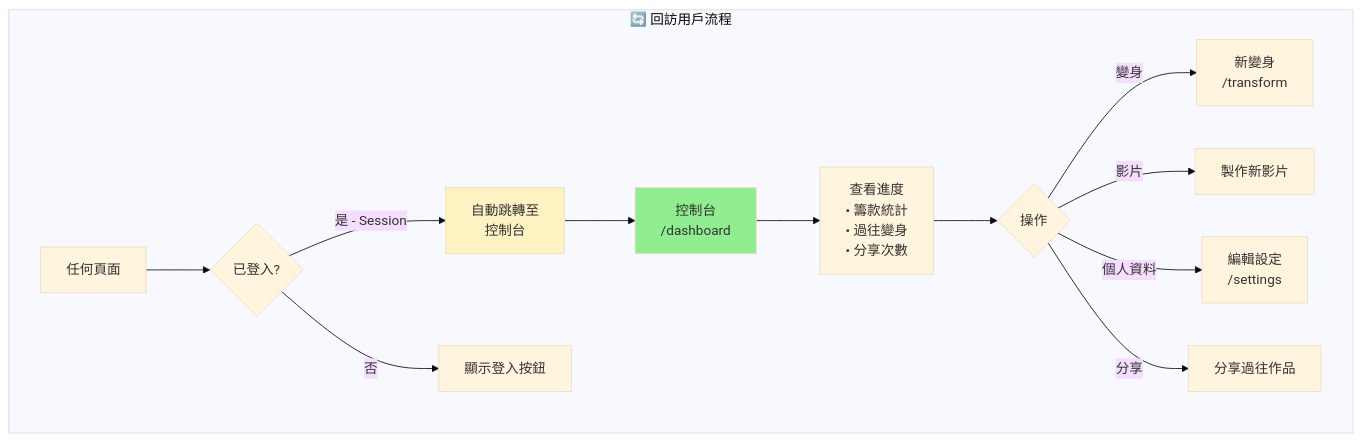
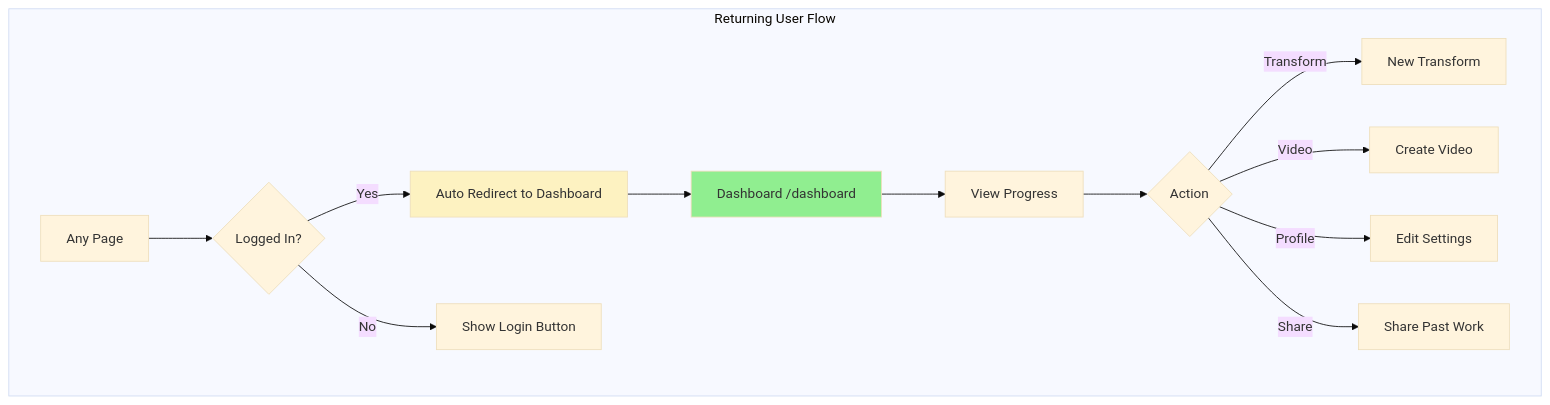
One commit to ZorroCheng-MC/sharehub changed the third of 7 diagrams in documents/2026-01-06-ccf-shave-for-hope-technical-plan.md. Above: the diagram before and after it, drawn with Mermaid (base theme). The commit also changed other lines of this file, not shown here.

Commit message:
Fix Mermaid diagram syntax for GitHub Pages rendering

````diff
--- a/documents/2026-01-06-ccf-shave-for-hope-technical-plan.md
+++ b/documents/2026-01-06-ccf-shave-for-hope-technical-plan.md
@@ -170,20 +162,20 @@
 ```mermaid
 flowchart TD
-    subgraph RETURNING["🔄 回訪用戶流程"]
-        A[任何頁面] --> B{已登入?}
-        B -->|是 - Session| C[自動跳轉至<br/>控制台]
-        B -->|否| D[顯示登入按鈕]
+    subgraph RETURNING["Returning User Flow"]
+        A["Any Page"] --> B{"Logged In?"}
+        B -->|Yes| C["Auto Redirect to Dashboard"]
+        B -->|No| D["Show Login Button"]
 
-        C --> E[控制台<br/>/dashboard]
-        E --> F[查看進度<br/>• 籌款統計<br/>• 過往變身<br/>• 分享次數]
+        C --> E["Dashboard /dashboard"]
+        E --> F["View Progress"]
 
-        F --> G{操作}
-        G -->|變身| H[新變身<br/>/transform]
-        G -->|影片| I[製作新影片]
-        G -->|個人資料| J[編輯設定<br/>/settings]
-        G -->|分享| K[分享過往作品]
+        F --> G{"Action"}
+        G -->|Transform| H["New Transform"]
+        G -->|Video| I["Create Video"]
+        G -->|Profile| J["Edit Settings"]
+        G -->|Share| K["Share Past Work"]
     end
 
     style C fill:#FDF2C1
     style E fill:#90EE90
 ```
````
